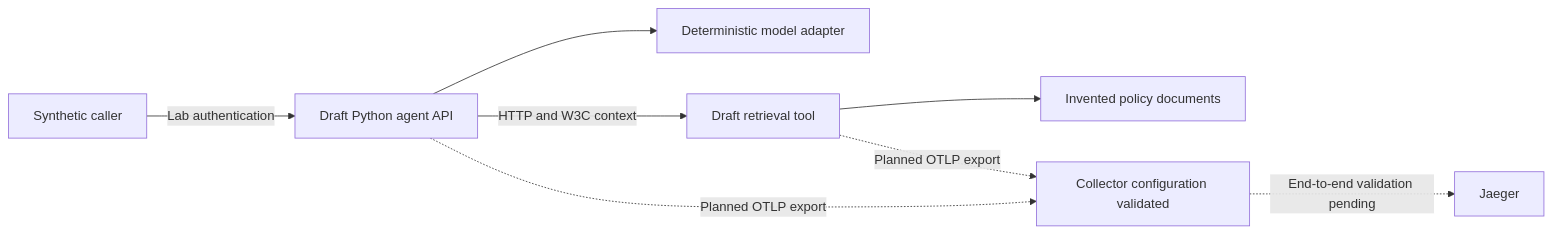
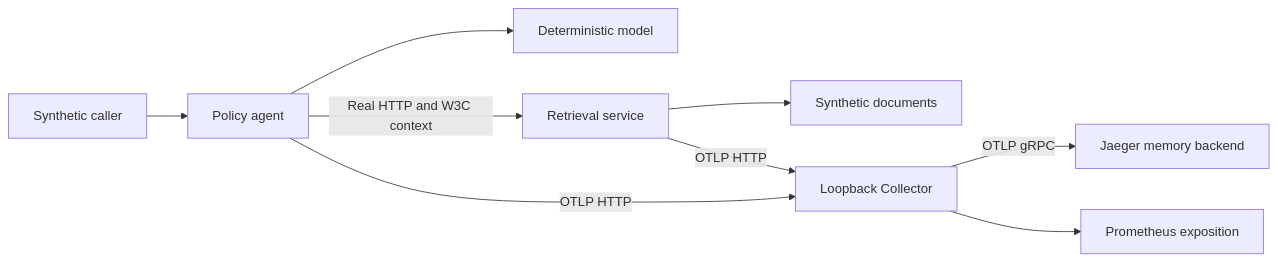
Before and after one commit to AI-SRE-Oberveability/ai-observability-lab: the first of 3 diagrams in HLD.md, drawn with Mermaid. The commit also changed other lines of this file and 17 other files, not shown here.

Commit message:
Prove local workload telemetry through Collector and Jaeger

````diff
--- a/HLD.md
+++ b/HLD.md
@@ -13,10 +13,11 @@
 ```mermaid
 flowchart LR
-  T[Synthetic caller] -->|Lab authentication| A[Draft Python agent API]
-  A --> P[Deterministic model adapter]
-  A -->|HTTP and W3C context| R[Draft retrieval tool]
-  R --> D[Invented policy documents]
-  A -.->|Planned OTLP export| C[Collector configuration validated]
-  R -.->|Planned OTLP export| C
-  C -.->|End-to-end validation pending| J[Jaeger]
+  T[Synthetic caller] --> A[Policy agent]
+  A --> M[Deterministic model]
+  A -->|Real HTTP and W3C context| R[Retrieval service]
+  R --> D[Synthetic documents]
+  A -->|OTLP HTTP| C[Loopback Collector]
+  R -->|OTLP HTTP| C
+  C -->|OTLP gRPC| J[Jaeger memory backend]
+  C --> P[Prometheus exposition]
 ```
````
